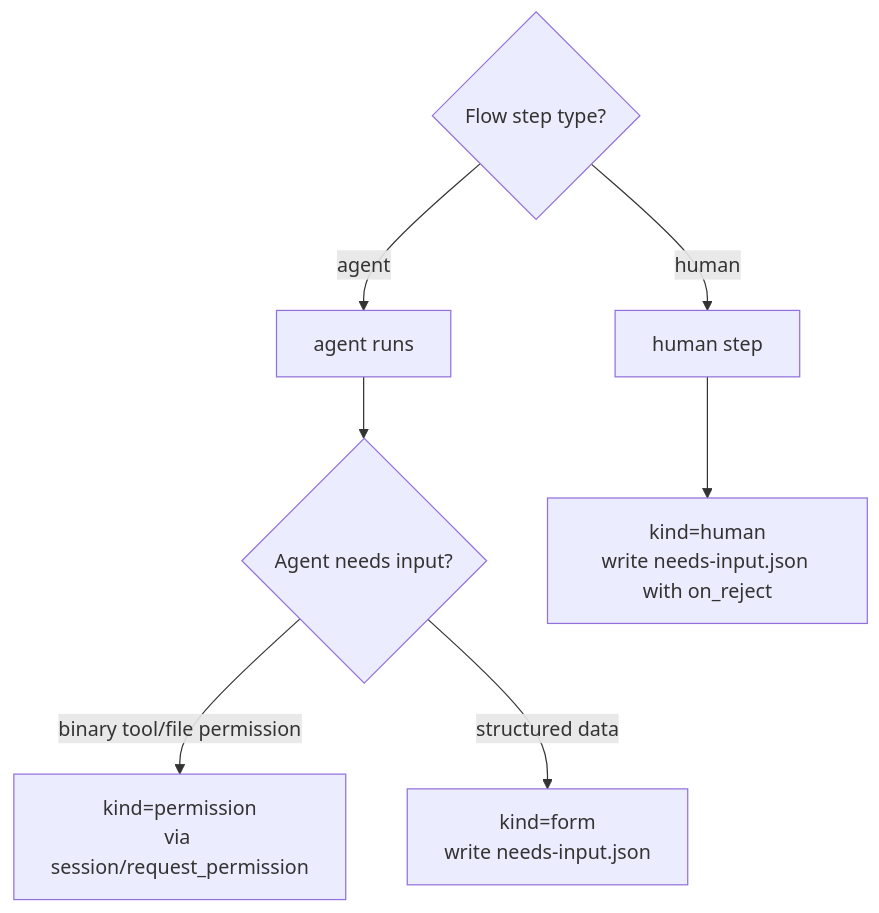
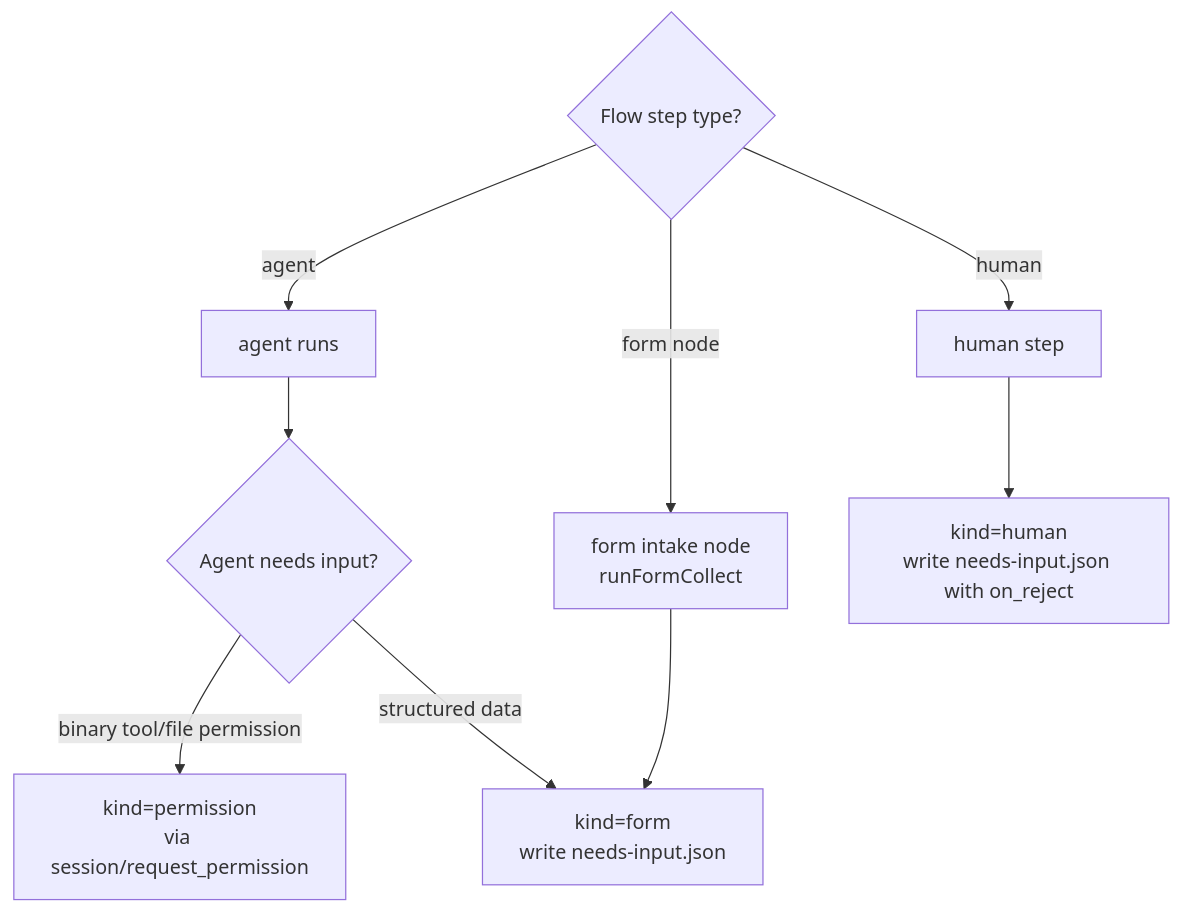
One commit to maister-dev/maister changed the first of 10 diagrams in docs/system-analytics/hitl.md. Above: the diagram before and after it, drawn with Mermaid. The commit also changed other lines of this file and 23 other files, not shown here.

First line of the commit message:
feat(aif): form-collect node, bundle materialization + /aif-review fixes

````diff
--- a/docs/system-analytics/hitl.md
+++ b/docs/system-analytics/hitl.md
@@ -61,9 +62,11 @@
 ```mermaid
 flowchart TD
     Step{Flow step type?} -- agent --> AgentRun[agent runs]
+    Step -- form node --> FormNode[form intake node<br/>runFormCollect]
     Step -- human --> HumanStep[human step]
     AgentRun --> Ask{Agent needs input?}
     Ask -- binary tool/file permission --> Perm[kind=permission<br/>via session/request_permission]
     Ask -- structured data --> Form[kind=form<br/>write needs-input.json]
+    FormNode --> Form
     HumanStep --> Review[kind=human<br/>write needs-input.json with on_reject]
 ```
````
